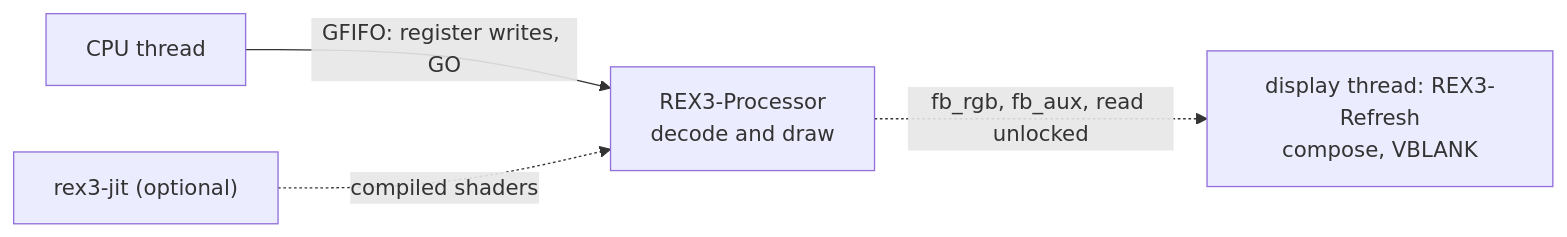
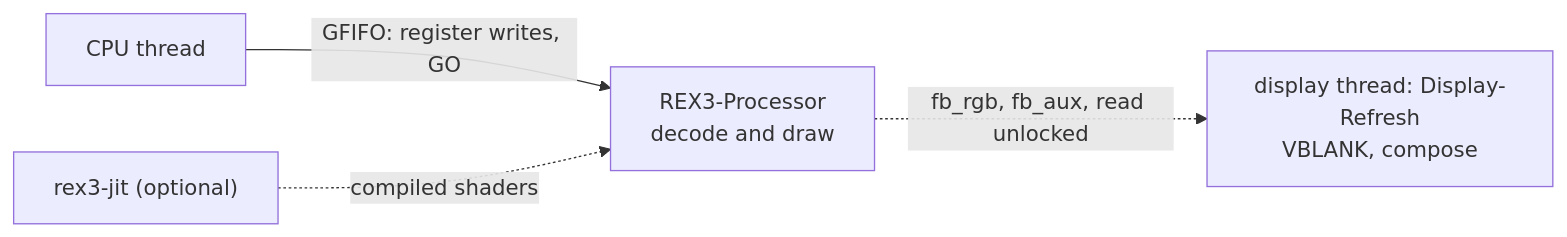
Before and after one commit to techomancer/iris: the third of 3 diagrams in docs/graphics/newport.md, drawn with Mermaid. The commit also changed other lines of this file and 8 other files, not shown here.

First line of the commit message:
docs: the display refresh thread

````diff
--- a/docs/graphics/newport.md
+++ b/docs/graphics/newport.md
@@ -91,6 +91,6 @@
 ```mermaid
 flowchart LR
   cpu["CPU thread"] -->|GFIFO: register writes, GO| proc["REX3-Processor<br/>decode and draw"]
   jit["rex3-jit (optional)"] -.->|compiled shaders| proc
-  proc -.->|fb_rgb, fb_aux, read unlocked| refresh["display thread: REX3-Refresh<br/>compose, VBLANK"]
+  proc -.->|fb_rgb, fb_aux, read unlocked| refresh["display thread: Display-Refresh<br/>VBLANK, compose"]
 ```
````
